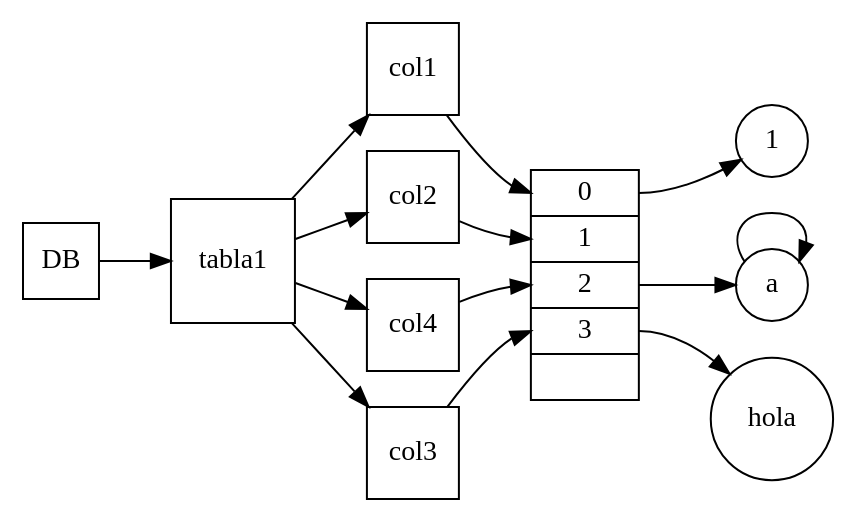
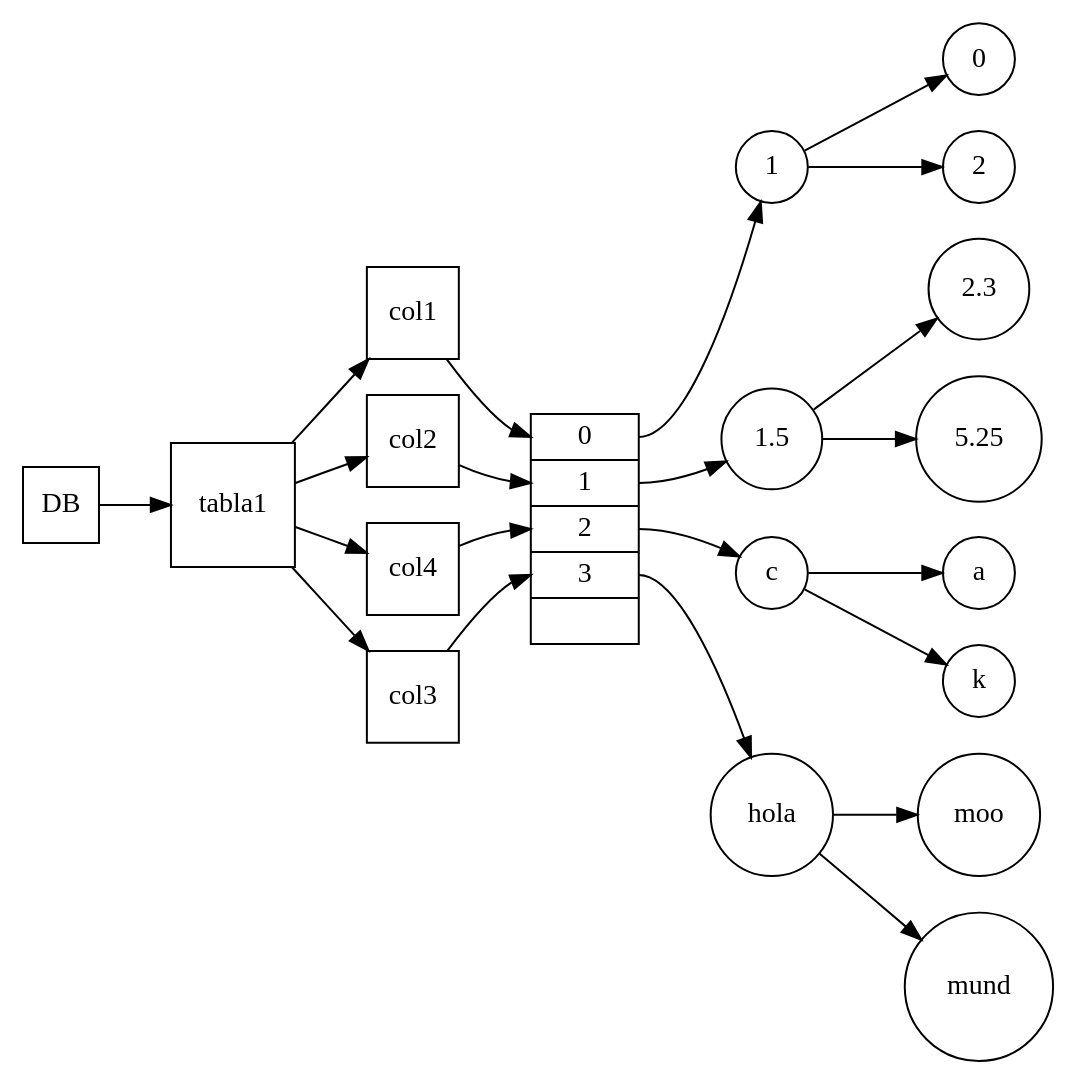
One commit to Yeferal/EstructuraDBGT changed the diagram in tablaDatos.dot. Above: the diagram before and after it, drawn with Graphviz. The commit also changed 5 other files, not shown here.

```diff
--- a/tablaDatos.dot
+++ b/tablaDatos.dot
@@ -1,24 +1,32 @@
 digraph G {
 DB ->tabla1;
 node [shape=record];
 node0 [label = "<f1> 0 | <f2> 1 | <f3> 2 | <f4> 3 |"] 
 tabla1->col1;
 col1[ shape=square];
 col1 -> node0:f1;
 tabla1->col2;
 col2[ shape=square];
 col2 -> node0:f2;
 tabla1->col3;
 col3[ shape=square];
 col3 -> node0:f4;
 tabla1->col4;
 col4[ shape=square];
 col4 -> node0:f3;
 node [shape = circle];node0: f1 -> 1;
-node0: f3 -> a;
-a ->a;
+1 ->0;
+1 ->2;
+node0: f2 -> 1.5;
+1.5 ->2.3;
+1.5 ->5.25;
+node0: f3 -> c;
+c ->a;
+c ->k;
 node0: f4 -> hola;
+hola ->moo;
+hola ->mund;
 rankdir=LR;
 tabla1[ shape=square];
 DB[ shape=square];
 }
```
